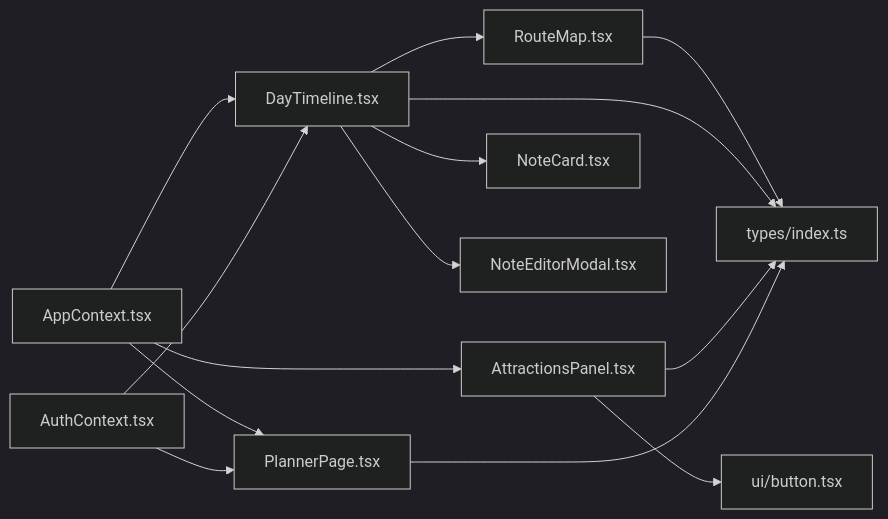
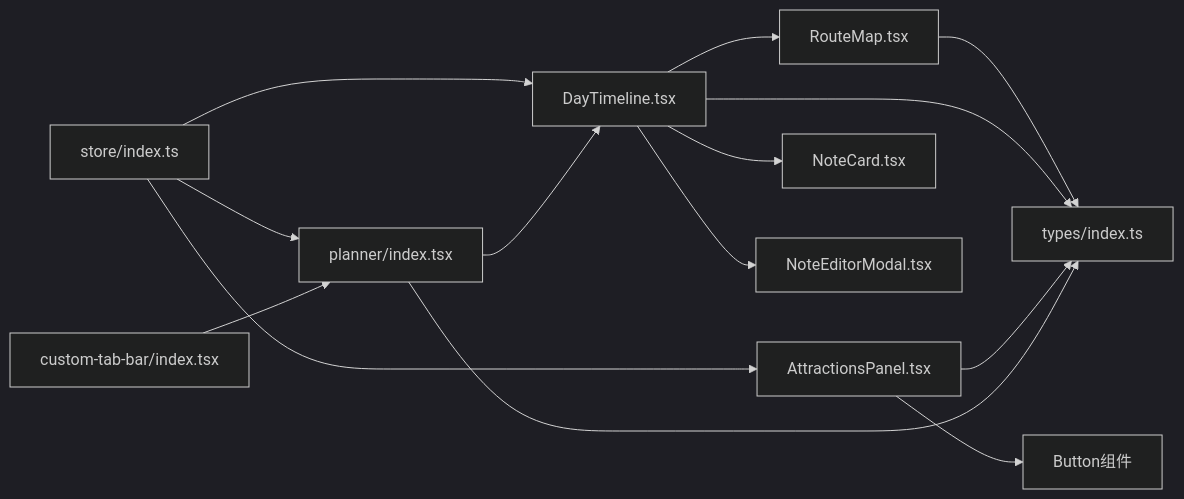
One commit to ititjjy/AITrip-plan changed the sixth of 6 diagrams in .qoder/repowiki/zh/content/前端架构/React组件体系.md. Above: the diagram before and after it, drawn with Mermaid (dark theme). The commit also changed other lines of this file and 17 other files, not shown here.

````diff
--- a/.qoder/repowiki/zh/content/前端架构/React组件体系.md
+++ b/.qoder/repowiki/zh/content/前端架构/React组件体系.md
@@ -338,16 +344,16 @@
 ```mermaid
 graph LR
-AC["AppContext.tsx"] --> DT["DayTimeline.tsx"]
-AC --> AP["AttractionsPanel.tsx"]
-AC --> PP["PlannerPage.tsx"]
-AU["AuthContext.tsx"] --> PP
-AU --> DT
+STORE["store/index.ts"] --> DT["DayTimeline.tsx"]
+STORE --> AP["AttractionsPanel.tsx"]
+STORE --> PL["planner/index.tsx"]
+PL --> DT
 DT --> RM["RouteMap.tsx"]
 DT --> NC["NoteCard.tsx"]
 DT --> NEM["NoteEditorModal.tsx"]
-AP --> BTN["ui/button.tsx"]
-RM --> T["types/index.ts"]
-DT --> T
-AP --> T
-PP --> T
+AP --> BTN["Button组件"]
+RM --> TYPE["types/index.ts"]
+DT --> TYPE
+AP --> TYPE
+PL --> TYPE
+TAB["custom-tab-bar/index.tsx"] --> PL
 ```
````
